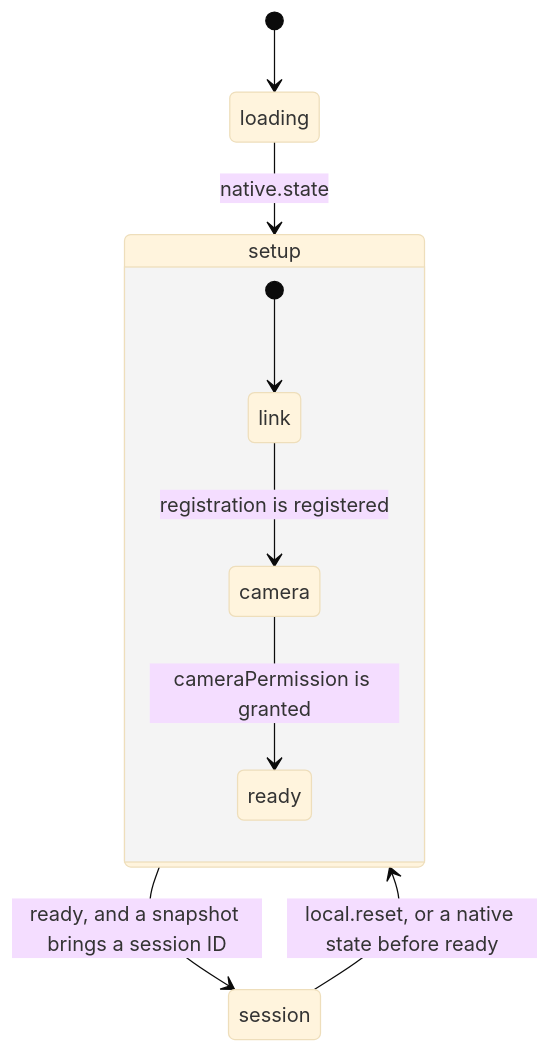
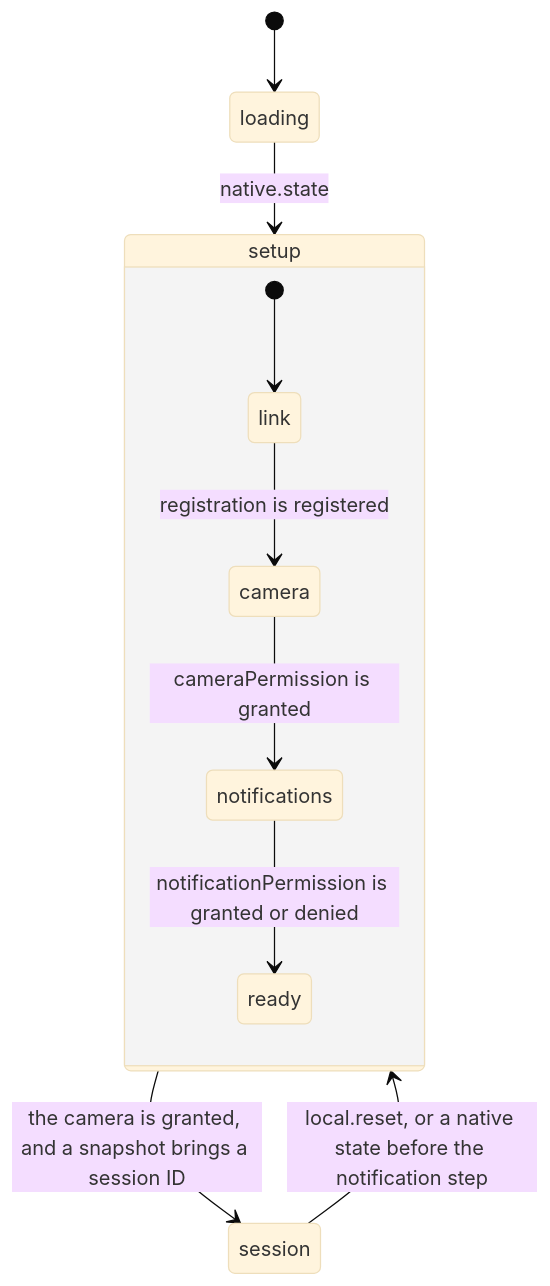
The fifth of 5 diagrams in apps/mobile/ui/README.md (mrBymax/glance), drawn with Mermaid (base theme) before and after one commit. The commit also changed other lines of this file and 6 other files, not shown here.

````diff
--- a/apps/mobile/ui/README.md
+++ b/apps/mobile/ui/README.md
@@ -209,12 +206,13 @@
 ```mermaid
 stateDiagram-v2
   [*] --> loading
   loading --> setup: native.state
   state setup {
     [*] --> link
     link --> camera: registration is registered
-    camera --> ready: cameraPermission is granted
+    camera --> notifications: cameraPermission is granted
+    notifications --> ready: notificationPermission is granted or denied
   }
-  setup --> session: ready, and a snapshot brings a session ID
-  session --> setup: local.reset, or a native state before ready
+  setup --> session: the camera is granted, and a snapshot brings a session ID
+  session --> setup: local.reset, or a native state before the notification step
 ```
````
